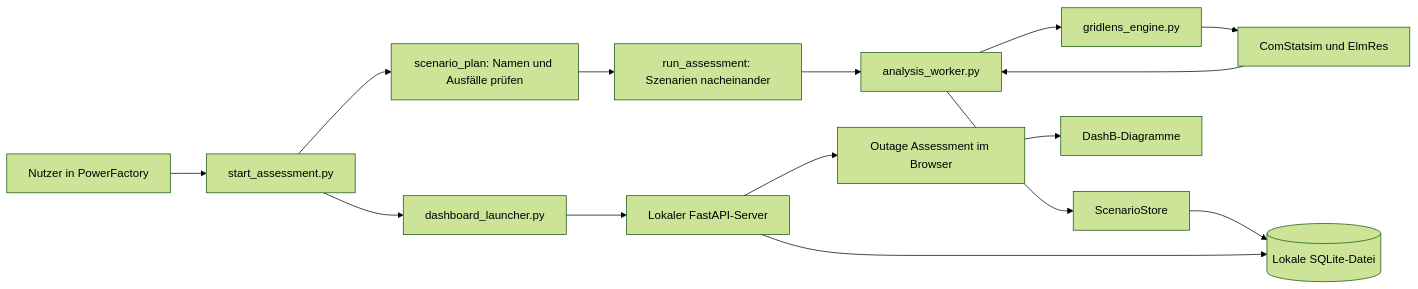
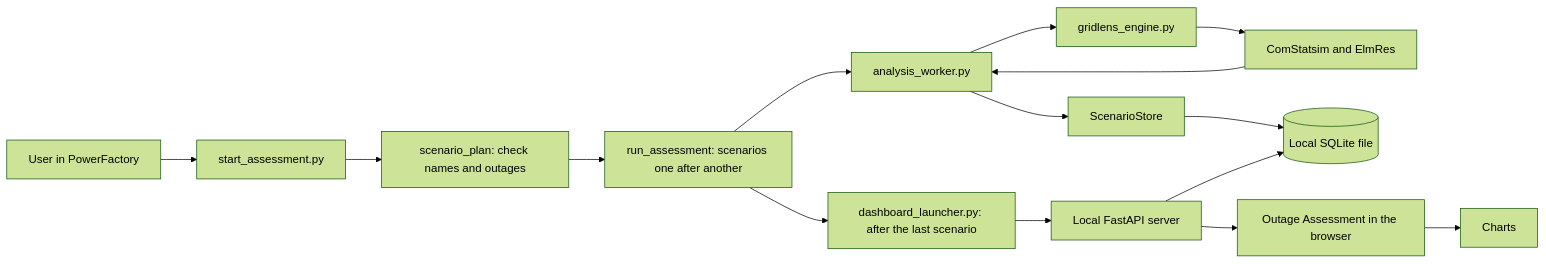
One commit to hadiibrahim-Engin/nahriva-grid-analysis changed the first of 11 diagrams in BIG_PICTURE.md. Above: the diagram before and after it, drawn with Mermaid (forest theme). The commit also changed other lines of this file and 186 other files, not shown here.

````diff
--- a/BIG_PICTURE.md
+++ b/BIG_PICTURE.md
@@ -12,17 +10,17 @@
 ```mermaid
 flowchart LR
-    User[Nutzer in PowerFactory] --> Entry[start_assessment.py]
-    Entry --> Plan[scenario_plan: Namen und Ausfälle prüfen]
-    Plan --> Batch[run_assessment: Szenarien nacheinander]
+    User[User in PowerFactory] --> Entry[start_assessment.py]
+    Entry --> Plan[scenario_plan: check names and outages]
+    Plan --> Batch[run_assessment: scenarios one after another]
     Batch --> Worker[analysis_worker.py]
     Worker --> Engine[gridlens_engine.py]
-    Engine --> PF[ComStatsim und ElmRes]
+    Engine --> PF[ComStatsim and ElmRes]
     PF --> Worker
     Worker --> Store[ScenarioStore]
-    Store --> DB[(Lokale SQLite-Datei)]
-    Entry --> Launcher[dashboard_launcher.py]
-    Launcher --> Server[Lokaler FastAPI-Server]
+    Store --> DB[(Local SQLite file)]
+    Batch --> Launcher[dashboard_launcher.py: after the last scenario]
+    Launcher --> Server[Local FastAPI server]
     Server --> DB
-    Server --> Browser[Outage Assessment im Browser]
-    Browser --> Charts[DashB-Diagramme]
+    Server --> Browser[Outage Assessment in the browser]
+    Browser --> Charts[Charts]
 ```
````
